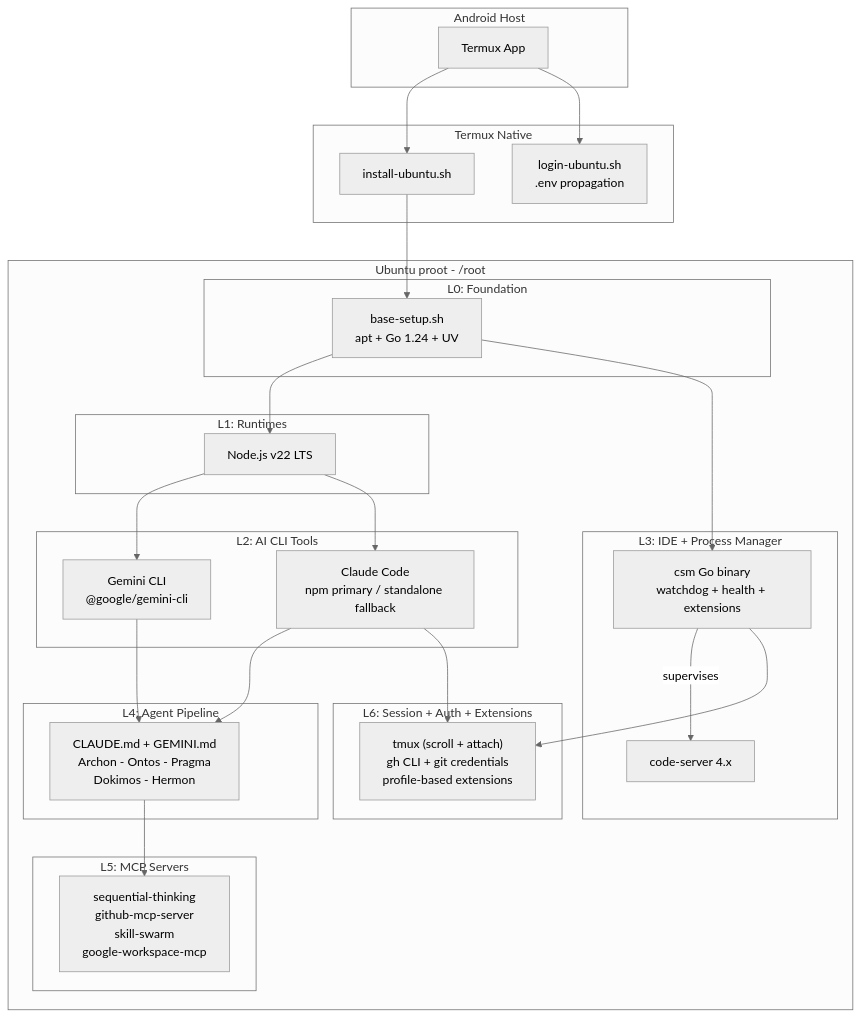
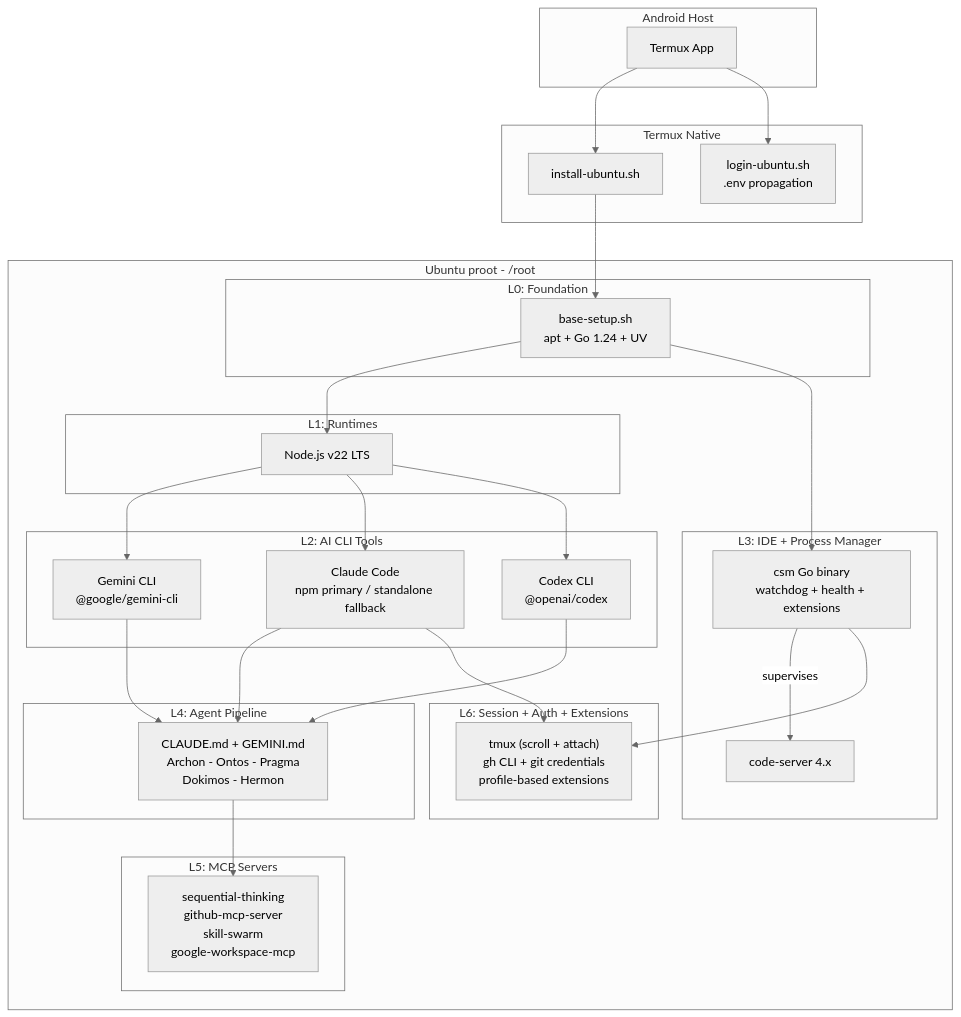
Before and after one commit to ancrz/termux-linux-deployer: the first of 7 diagrams in README.md, drawn with Mermaid (neutral theme). The commit also changed other lines of this file and 4 other files, not shown here.

First line of the commit message:
feat(codex): add OpenAI Codex CLI as third AI tool

````diff
--- a/README.md
+++ b/README.md
@@ -11,51 +11,52 @@
 ```mermaid
 graph TB
     subgraph "Android Host"
         A["Termux App"]
     end
 
     subgraph "Termux Native"
         B["install-ubuntu.sh"]
         L["login-ubuntu.sh<br/>.env propagation"]
     end
 
     subgraph "Ubuntu proot - /root"
         subgraph "L0: Foundation"
             C["base-setup.sh<br/>apt + Go 1.24 + UV"]
         end
 
         subgraph "L1: Runtimes"
             D["Node.js v22 LTS"]
         end
 
         subgraph "L2: AI CLI Tools"
             G["Gemini CLI<br/>@google/gemini-cli"]
             H["Claude Code<br/>npm primary / standalone fallback"]
+            CX["Codex CLI<br/>@openai/codex"]
         end
 
         subgraph "L3: IDE + Process Manager"
             I["csm Go binary<br/>watchdog + health + extensions"]
             J["code-server 4.x"]
         end
 
         subgraph "L4: Agent Pipeline"
             K["CLAUDE.md + GEMINI.md<br/>Archon - Ontos - Pragma<br/>Dokimos - Hermon"]
         end
 
         subgraph "L5: MCP Servers"
             M["sequential-thinking<br/>github-mcp-server<br/>skill-swarm<br/>google-workspace-mcp"]
         end
 
         subgraph "L6: Session + Auth + Extensions"
             N["tmux (scroll + attach)<br/>gh CLI + git credentials<br/>profile-based extensions"]
         end
     end
 
     A --> B --> C
     A --> L
-    C --> D --> G & H
+    C --> D --> G & H & CX
     C --> I -->|supervises| J
-    G & H --> K --> M
+    G & H & CX --> K --> M
     H --> N
     I --> N
 ```
````
